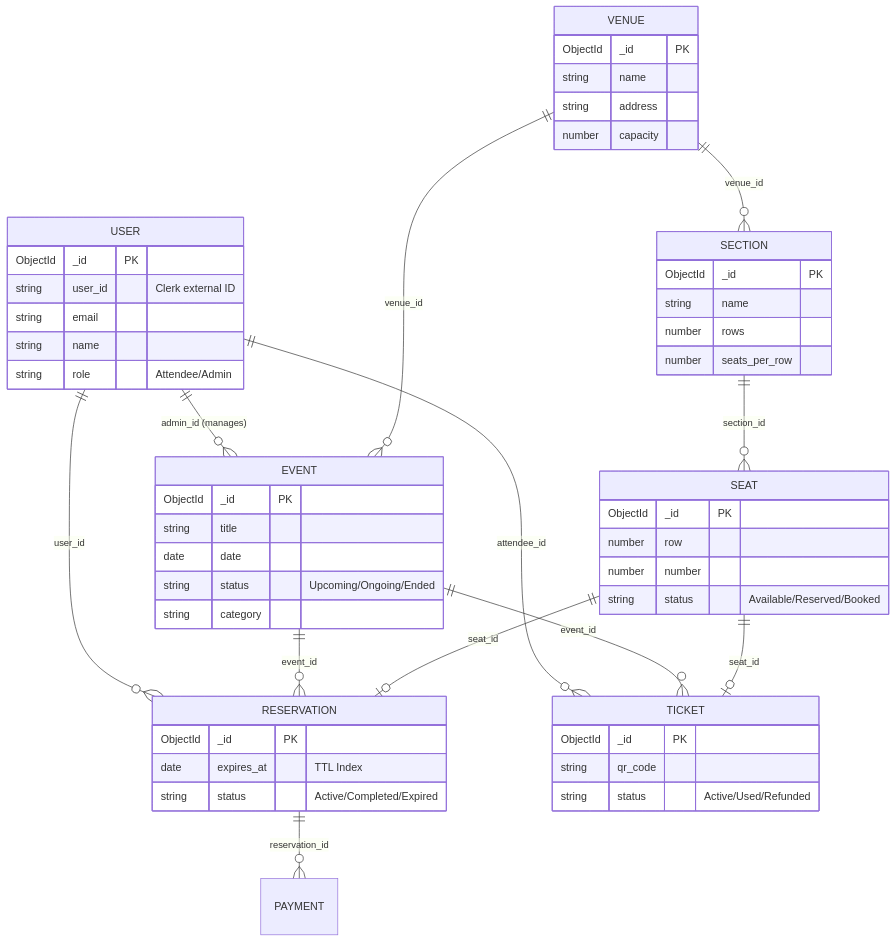
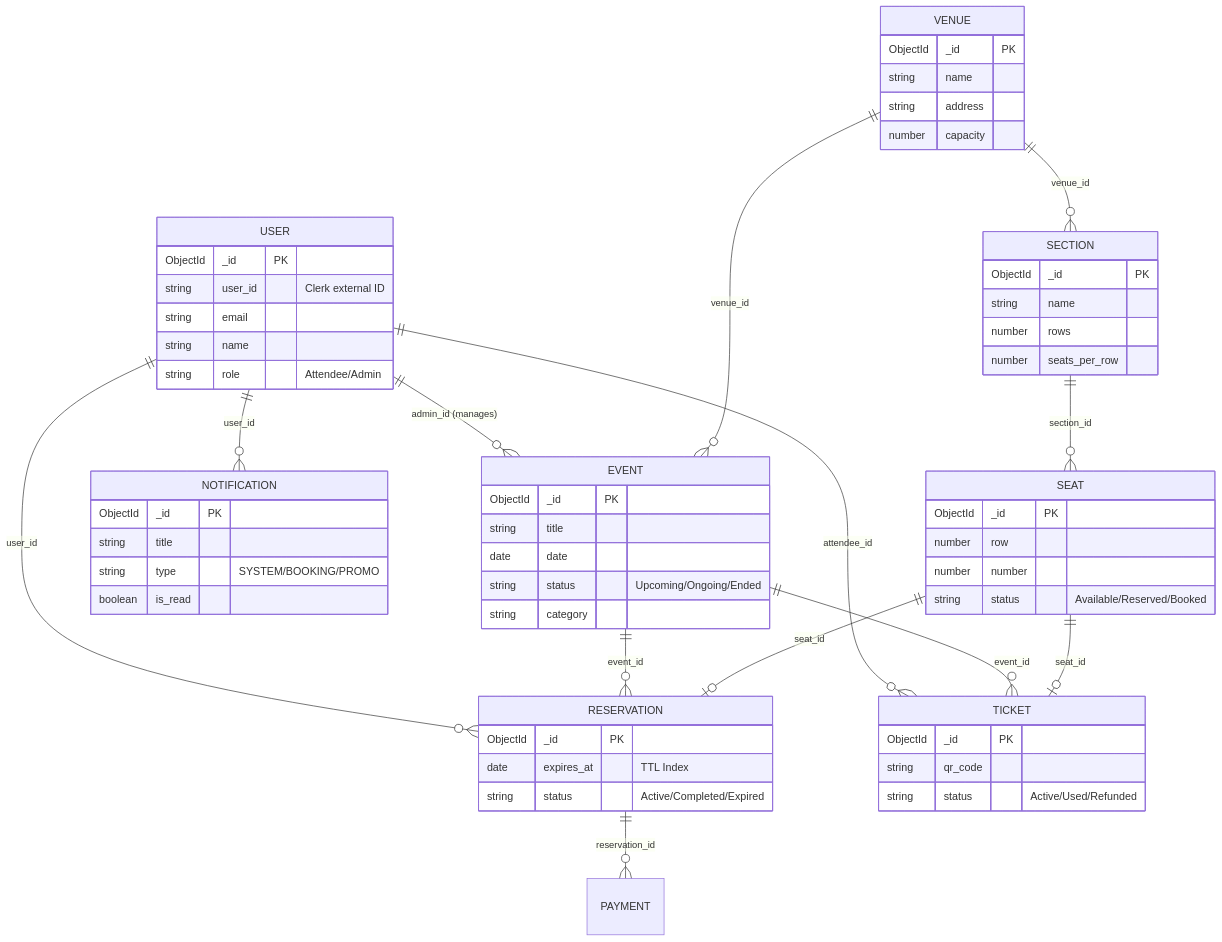
The second of 3 diagrams in ARCHITECTURE.md (sidicksino/SinoTicket), drawn with Mermaid before and after one commit. The commit also changed other lines of this file, not shown here.

Commit message:
update architecture with notification system, personal info management, and updated API schemas

````diff
--- a/ARCHITECTURE.md
+++ b/ARCHITECTURE.md
@@ -368,57 +384,64 @@
 ```mermaid
 erDiagram
     USER ||--o{ EVENT : "admin_id (manages)"
     USER ||--o{ RESERVATION : "user_id"
     USER ||--o{ TICKET : "attendee_id"
+    USER ||--o{ NOTIFICATION : "user_id"
     VENUE ||--o{ EVENT : "venue_id"
     VENUE ||--o{ SECTION : "venue_id"
     SECTION ||--o{ SEAT : "section_id"
     EVENT ||--o{ TICKET : "event_id"
     EVENT ||--o{ RESERVATION : "event_id"
     SEAT ||--o| RESERVATION : "seat_id"
     SEAT ||--o| TICKET : "seat_id"
     RESERVATION ||--o{ PAYMENT : "reservation_id"
 
     USER {
         ObjectId _id PK
         string user_id "Clerk external ID"
         string email
         string name
         string role "Attendee/Admin"
+    }
+    NOTIFICATION {
+        ObjectId _id PK
+        string title
+        string type "SYSTEM/BOOKING/PROMO"
+        boolean is_read
     }
     EVENT {
         ObjectId _id PK
         string title
         date date
         string status "Upcoming/Ongoing/Ended"
         string category
     }
     VENUE {
         ObjectId _id PK
         string name
         string address
         number capacity
     }
     SECTION {
         ObjectId _id PK
         string name
         number rows
         number seats_per_row
     }
     SEAT {
         ObjectId _id PK
         number row
         number number
         string status "Available/Reserved/Booked"
     }
     RESERVATION {
         ObjectId _id PK
         date expires_at "TTL Index"
         string status "Active/Completed/Expired"
     }
     TICKET {
         ObjectId _id PK
         string qr_code
         string status "Active/Used/Refunded"
     }
 ```
````
